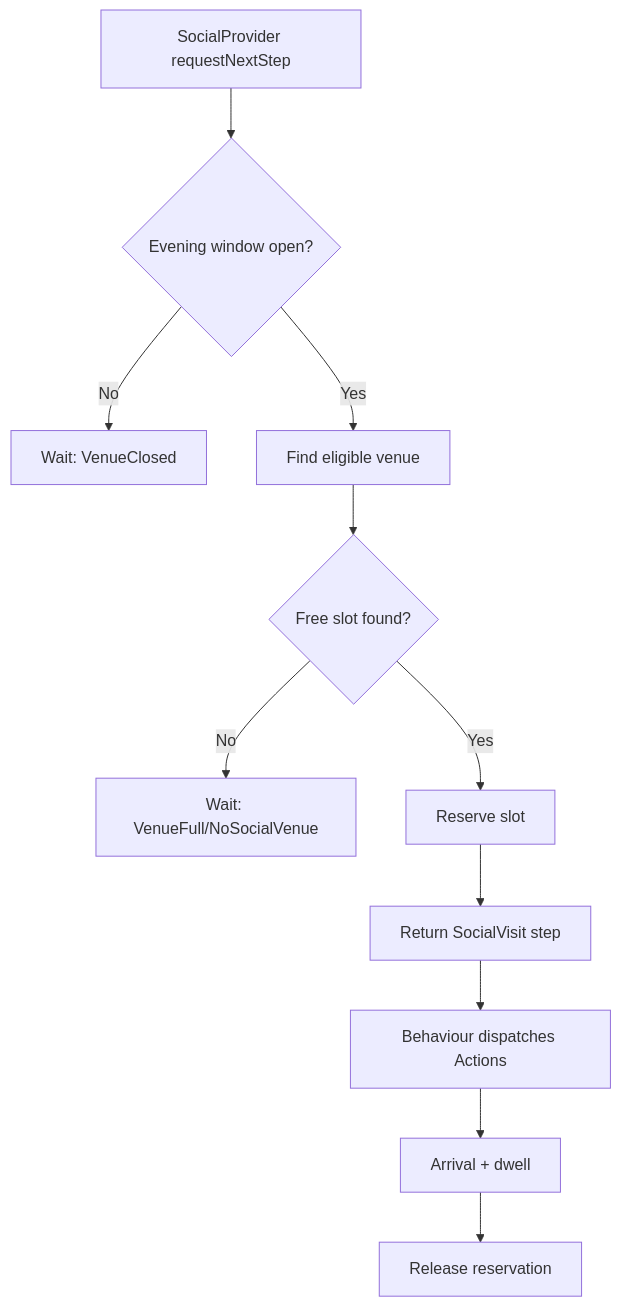
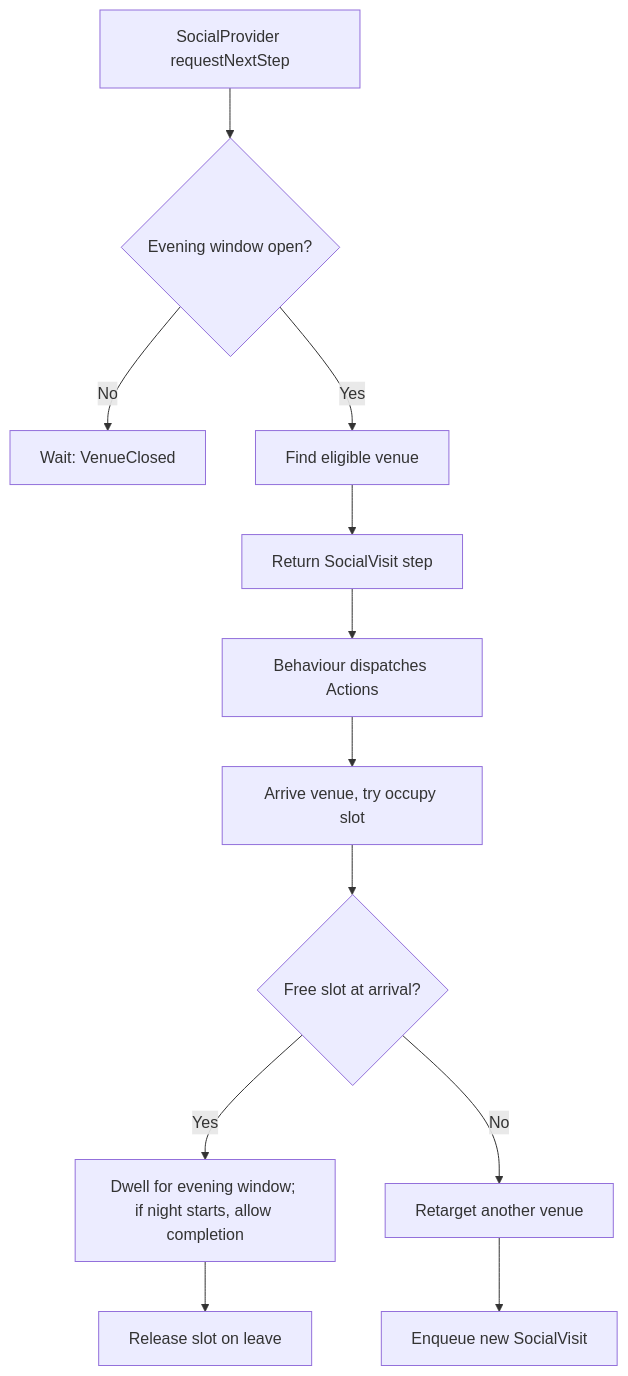
The third of 3 diagrams in docs/brainstorm/progress/11_day_night_social_life_slots_technical.md (raburski/settlerpolis), drawn with Mermaid before and after one commit. The commit also changed other lines of this file and 35 other files, not shown here.

````diff
--- a/docs/brainstorm/progress/11_day_night_social_life_slots_technical.md
+++ b/docs/brainstorm/progress/11_day_night_social_life_slots_technical.md
@@ -219,13 +229,14 @@
 ```mermaid
 flowchart TD
   A[SocialProvider requestNextStep] --> B{Evening window open?}
   B -- No --> C[Wait: VenueClosed]
   B -- Yes --> D[Find eligible venue]
-  D --> E{Free slot found?}
-  E -- No --> F[Wait: VenueFull/NoSocialVenue]
-  E -- Yes --> G[Reserve slot]
-  G --> H[Return SocialVisit step]
-  H --> I[Behaviour dispatches Actions]
-  I --> J[Arrival + dwell]
-  J --> K[Release reservation]
+  D --> E[Return SocialVisit step]
+  E --> F[Behaviour dispatches Actions]
+  F --> G[Arrive venue, try occupy slot]
+  G --> H{Free slot at arrival?}
+  H -- Yes --> I[Dwell for evening window; if night starts, allow completion]
+  H -- No --> J[Retarget another venue]
+  J --> K[Enqueue new SocialVisit]
+  I --> L[Release slot on leave]
 ```
````
